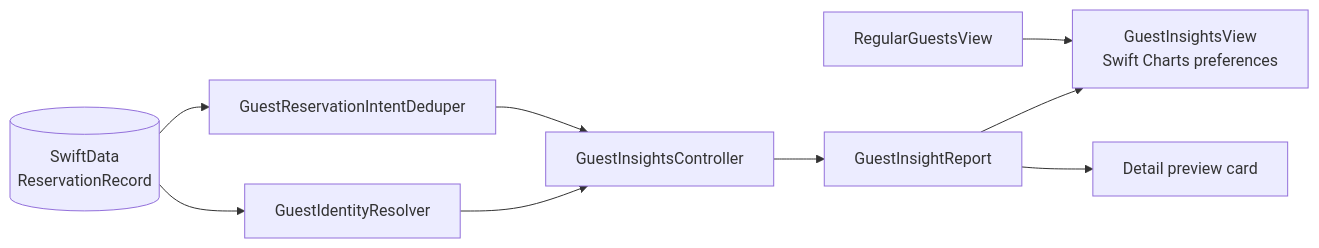
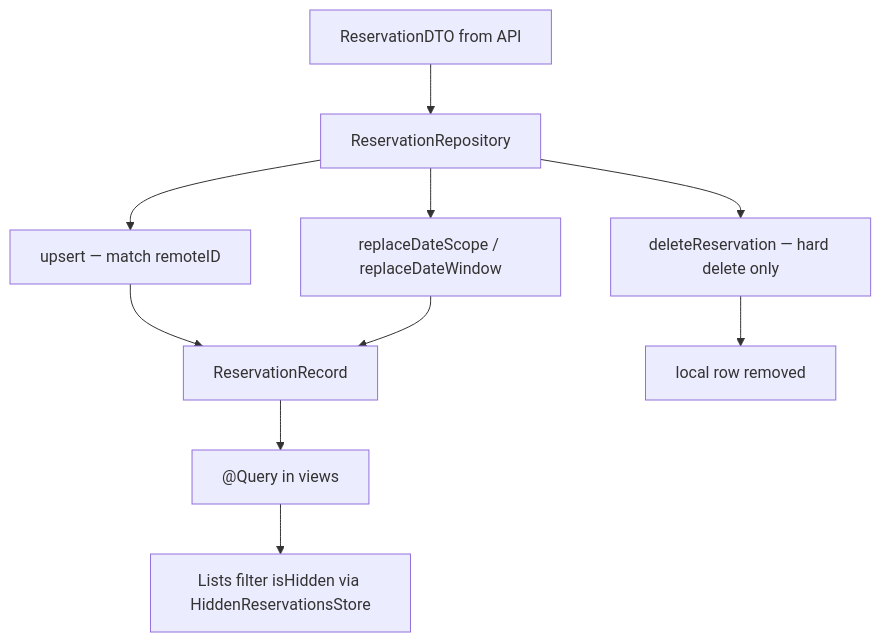
Before and after one commit to bohdan462/Reservation-iOS-App: the tenth of 11 diagrams in ARCHITECTURE_DIAGRAMS.md, drawn with Mermaid. The commit also changed other lines of this file and 17 other files, not shown here.

````diff
--- a/ARCHITECTURE_DIAGRAMS.md
+++ b/ARCHITECTURE_DIAGRAMS.md
@@ -212,11 +371,14 @@
 ```mermaid
-flowchart LR
-    Cache[("SwiftData<br/>ReservationRecord")] --> Resolver["GuestIdentityResolver"]
-    Cache --> Deduper["GuestReservationIntentDeduper"]
-    Resolver --> Analyzer["GuestInsightsController"]
-    Deduper --> Analyzer
-    Analyzer --> Report["GuestInsightReport"]
-    Report --> UI["GuestInsightsView<br/>Swift Charts preferences"]
-    Report --> Preview["Detail preview card"]
-    Regulars["RegularGuestsView"] --> UI
+flowchart TD
+    DTO["ReservationDTO from API"] --> Repo["ReservationRepository"]
+    Repo --> Upsert["upsert — match remoteID"]
+    Repo --> Replace["replaceDateScope / replaceDateWindow"]
+    Repo --> Del["deleteReservation — hard delete only"]
+
+    Upsert --> Record["ReservationRecord"]
+    Replace --> Record
+    Del --> Gone["local row removed"]
+
+    Record --> Query["@Query in views"]
+    Query --> UI["Lists filter isHidden via HiddenReservationsStore"]
 ```
````
